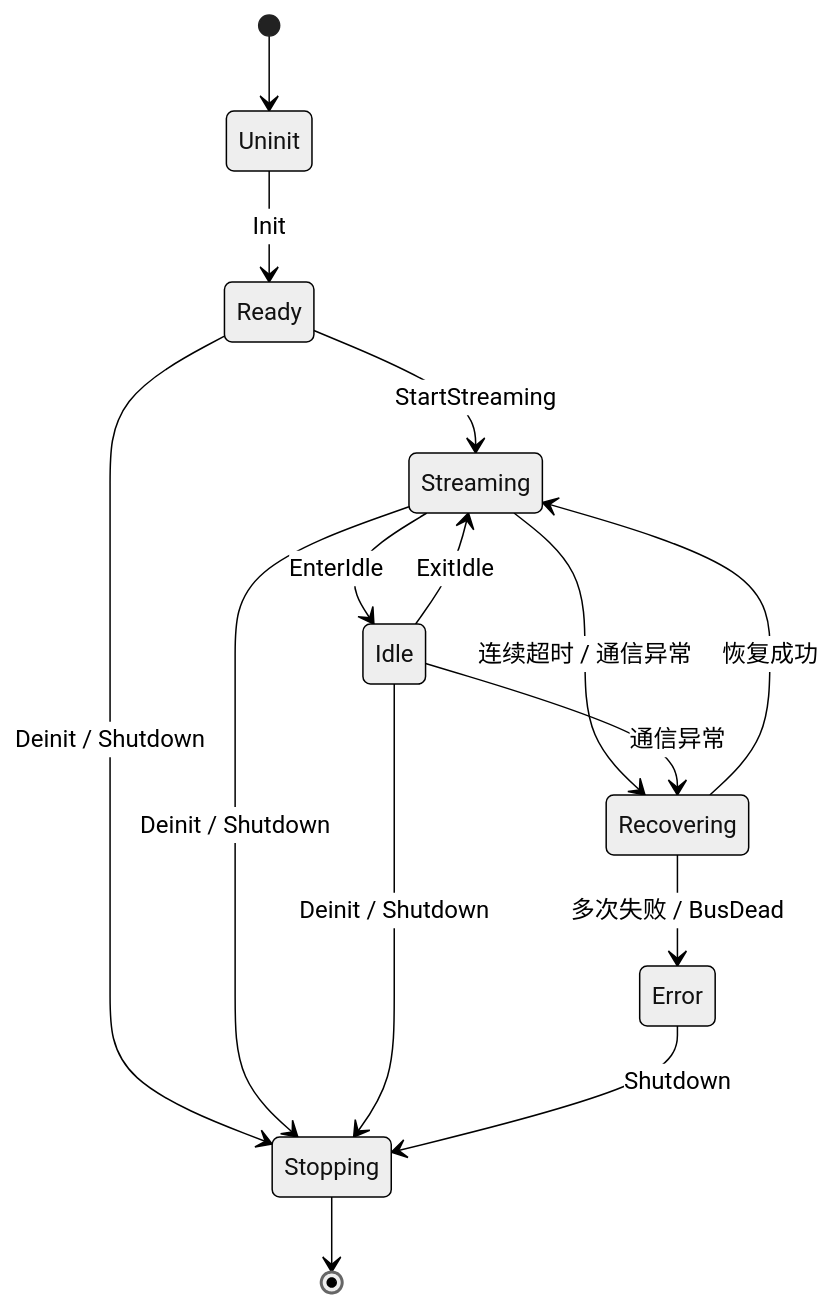
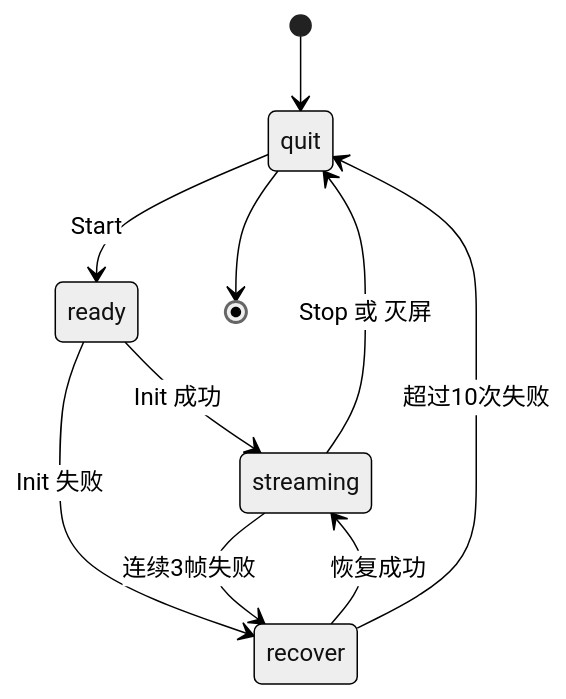
One commit to pgs666/EGoTouchRev changed the second of 3 diagrams in docs/architecture_redesign.md. Above: the diagram before and after it, drawn with Mermaid (neutral theme). The commit also changed other lines of this file and 30 other files, not shown here.

Commit message:
feat: implement IPC server and device runtime architecture for stylus pipeline management

````diff
--- a/docs/architecture_redesign.md
+++ b/docs/architecture_redesign.md
@@ -161,21 +131,13 @@
 ```mermaid
 stateDiagram-v2
-    [*] --> Uninit
+    [*] --> quit
 
-    Uninit --> Ready : Init
-    Ready --> Streaming : StartStreaming
-    Ready --> Stopping : Deinit / Shutdown
-
-    Streaming --> Idle : EnterIdle
-    Idle --> Streaming : ExitIdle
-
-    Streaming --> Recovering : 连续超时 / 通信异常
-    Idle --> Recovering : 通信异常
-    Recovering --> Streaming : 恢复成功
-    Recovering --> Error : 多次失败 / BusDead
-
-    Streaming --> Stopping : Deinit / Shutdown
-    Idle --> Stopping : Deinit / Shutdown
-    Error --> Stopping : Shutdown
-    Stopping --> [*]
+    quit --> ready : Start
+    ready --> streaming : Init 成功
+    ready --> recover : Init 失败
+    streaming --> recover : 连续3帧失败
+    streaming --> quit : Stop 或 灭屏
+    recover --> streaming : 恢复成功
+    recover --> quit : 超过10次失败
+    quit --> [*]
 ```
````
